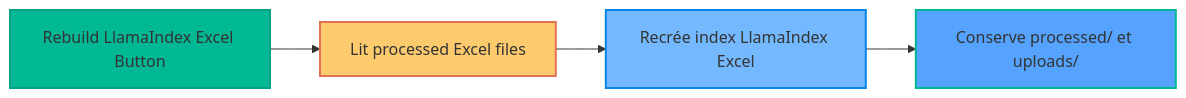
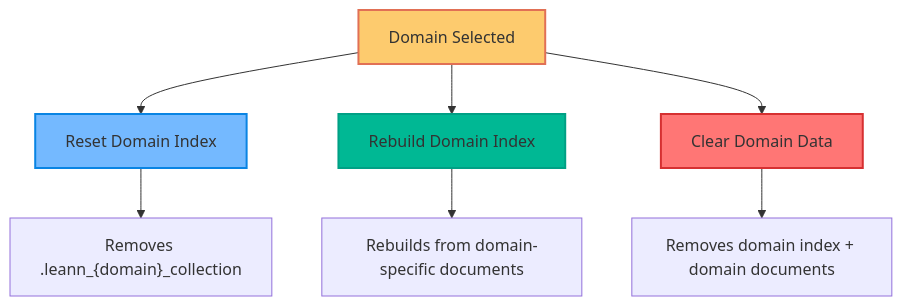
The fourth of 6 diagrams in docs/cleaning_buttons_analysis.md (Mil100057/Myr-Ag-system), drawn with Mermaid before and after one commit. The commit also changed other lines of this file and 24 other files, not shown here.

````diff
--- a/docs/cleaning_buttons_analysis.md
+++ b/docs/cleaning_buttons_analysis.md
@@ -86,11 +124,15 @@
 ```mermaid
-graph LR
-    A["Rebuild LlamaIndex Excel Button"] --> B["Lit processed Excel files"]
-    B --> C["Recrée index LlamaIndex Excel"]
-    C --> D["Conserve processed/ et uploads/"]
-    
-    style A fill:#00b894,stroke:#00a085,stroke-width:2px
-    style B fill:#fdcb6e,stroke:#e17055,stroke-width:2px
-    style C fill:#74b9ff,stroke:#0984e3,stroke-width:2px
-    style D fill:#55a3ff,stroke:#00b894,stroke-width:2px
+graph TB
+    A["Domain Selected"] --> B["Reset Domain Index"]
+    A --> C["Rebuild Domain Index"]
+    A --> D["Clear Domain Data"]
+  
+    B --> E["Removes .leann_{domain}_collection"]
+    C --> F["Rebuilds from domain-specific documents"]
+    D --> G["Removes domain index + domain documents"]
+  
+    style A fill:#fdcb6e,stroke:#e17055,stroke-width:2px
+    style B fill:#74b9ff,stroke:#0984e3,stroke-width:2px
+    style C fill:#00b894,stroke:#00a085,stroke-width:2px
+    style D fill:#ff7675,stroke:#d63031,stroke-width:2px
 ```
````
